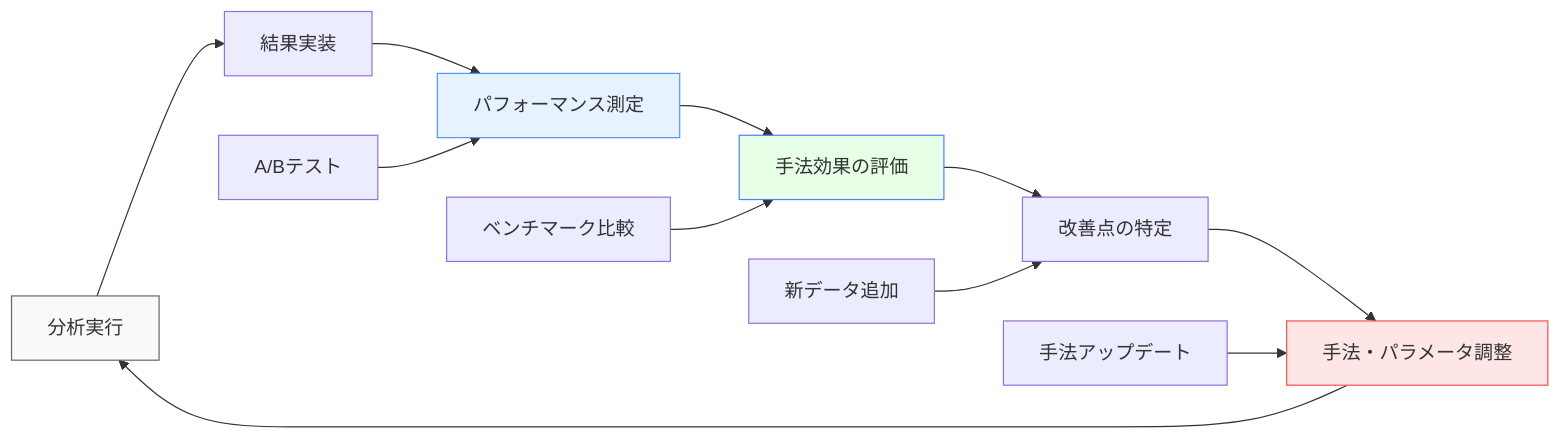
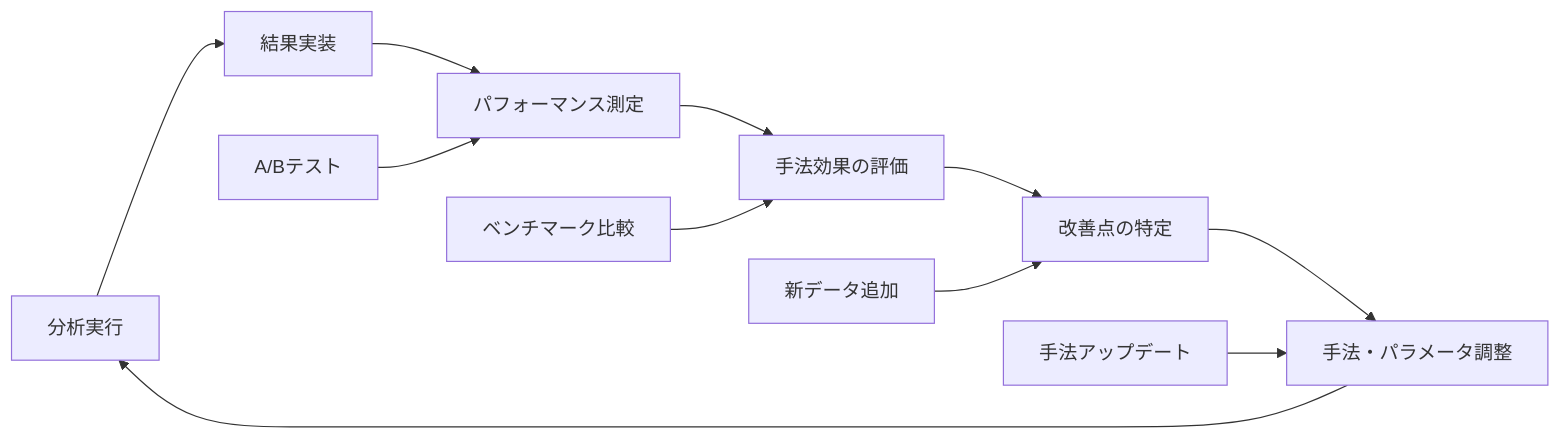
Before and after one commit to shuji-bonji/Situational-Awareness-and-Decision-Making: the fifth of 5 diagrams in docs/decision-making-guide/data-driven-decisions.md, drawn with Mermaid. The commit also changed other lines of this file and 49 other files, not shown here.

Commit message:
fix: ダークモードで見づらい図の色の変更

````diff
--- a/docs/decision-making-guide/data-driven-decisions.md
+++ b/docs/decision-making-guide/data-driven-decisions.md
@@ -737,19 +737,19 @@
 ```mermaid
 graph LR
     A[分析実行] --> B[結果実装]
     B --> C[パフォーマンス測定]
     C --> D[手法効果の評価]
     D --> E[改善点の特定]
     E --> F[手法・パラメータ調整]
     F --> A
     
     G[A/Bテスト] --> C
     H[ベンチマーク比較] --> D
     I[新データ追加] --> E
     J[手法アップデート] --> F
     
-    style A fill:#f9f9f9,stroke:#666
-    style C fill:#e6f2ff,stroke:#4d94ff
-    style D fill:#e6ffe6,stroke:#4d7fff
-    style F fill:#ffe6e6,stroke:#ff4d4d
+
+
+
+
 ```
````
